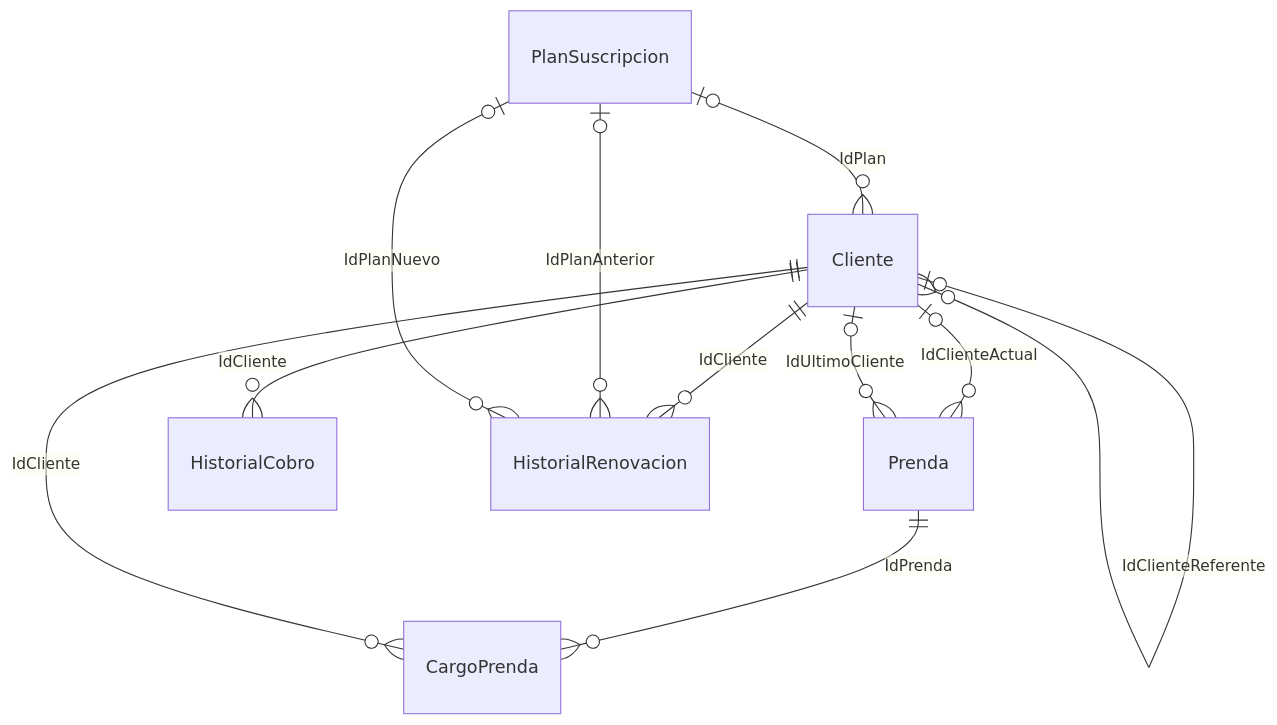
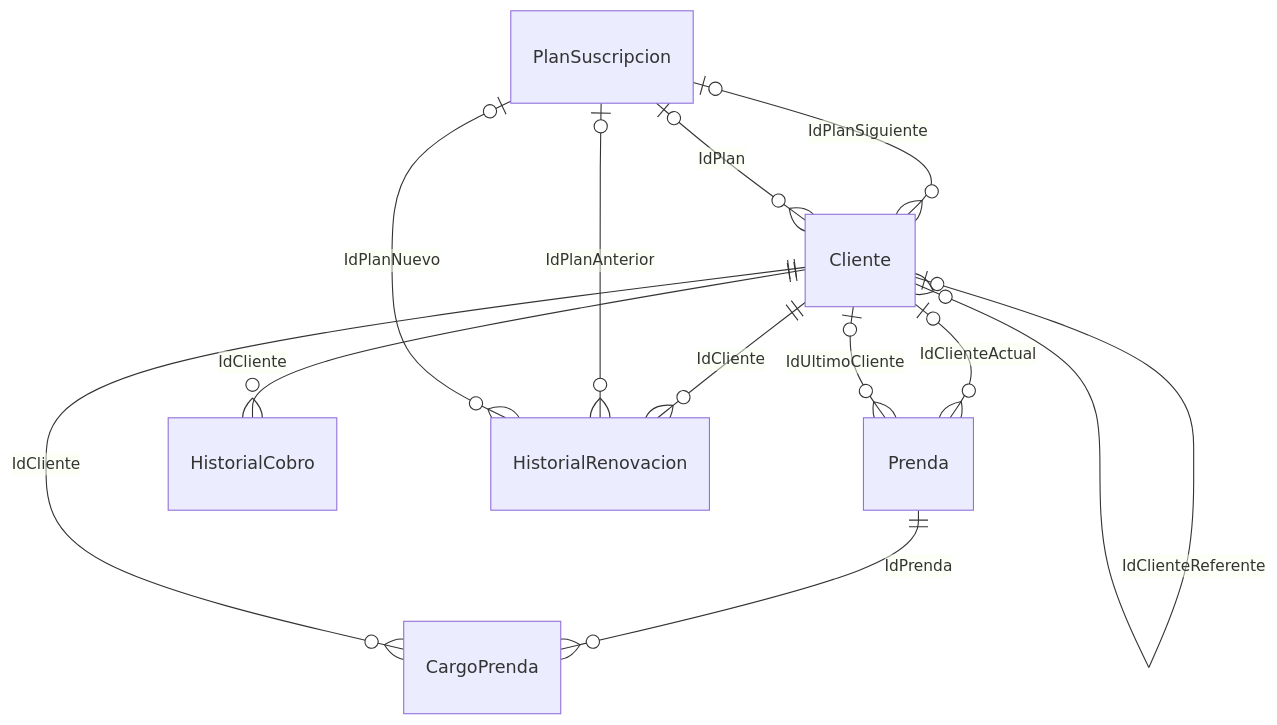
One commit to valentinamorana/Trabajo-de-Diploma changed the diagram in docs/diagramas/mermaid/MC_n01_clientes_suscripciones.mmd. Above: the diagram before and after it, drawn with Mermaid. The commit also changed 75 other files, not shown here.

```diff
--- a/docs/diagramas/mermaid/MC_n01_clientes_suscripciones.mmd
+++ b/docs/diagramas/mermaid/MC_n01_clientes_suscripciones.mmd
@@ -1,17 +1,18 @@
 erDiagram
   Prenda ||--o{ CargoPrenda : "IdPrenda"
   Cliente ||--o{ CargoPrenda : "IdCliente"
   Cliente |o--o{ Cliente : "IdClienteReferente"
+  PlanSuscripcion |o--o{ Cliente : "IdPlanSiguiente"
   PlanSuscripcion |o--o{ Cliente : "IdPlan"
   Cliente ||--o{ HistorialCobro : "IdCliente"
   Cliente ||--o{ HistorialRenovacion : "IdCliente"
   PlanSuscripcion |o--o{ HistorialRenovacion : "IdPlanAnterior"
   PlanSuscripcion |o--o{ HistorialRenovacion : "IdPlanNuevo"
   Cliente |o--o{ Prenda : "IdClienteActual"
   Cliente |o--o{ Prenda : "IdUltimoCliente"
   PlanSuscripcion
   Cliente
   HistorialRenovacion
   HistorialCobro
   CargoPrenda
   Prenda
```
